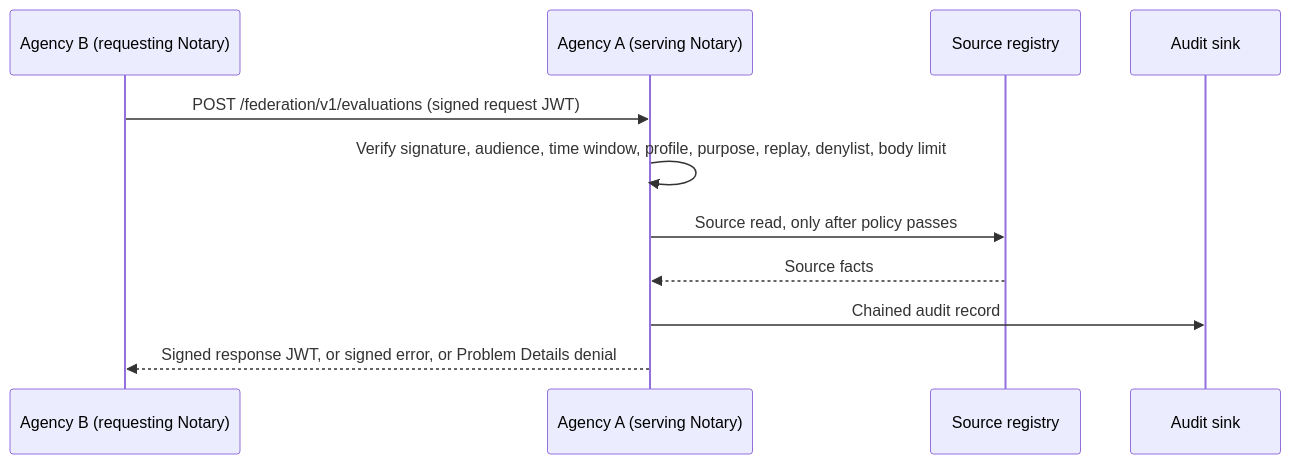
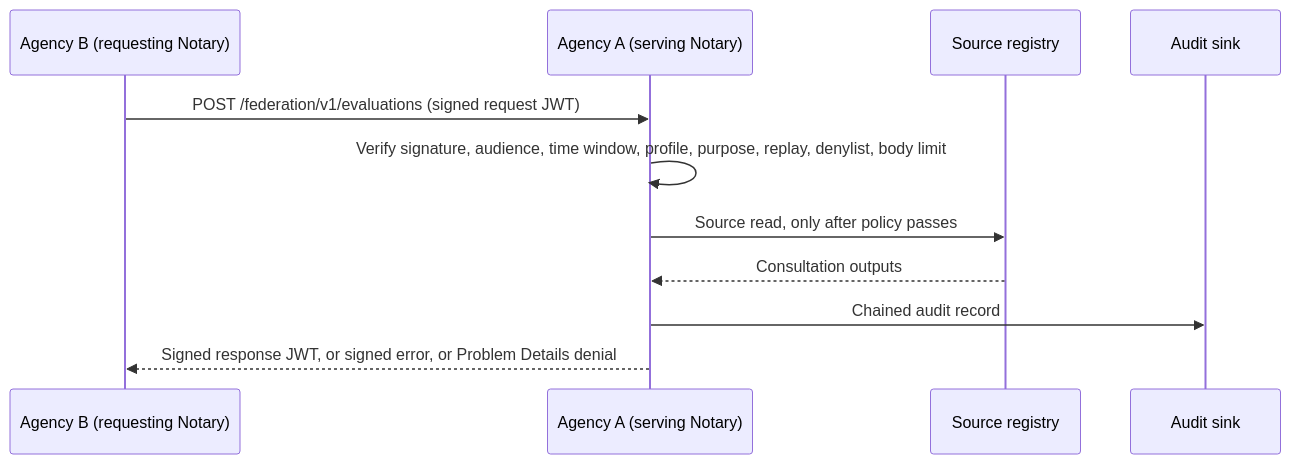
One commit to registrystack/registry-stack changed the diagram in products/notary/docs/federated-evaluation-operator-guide.md. Above: the diagram before and after it, drawn with Mermaid. The commit also changed 73 other files, not shown here.

````diff
--- a/products/notary/docs/federated-evaluation-operator-guide.md
+++ b/products/notary/docs/federated-evaluation-operator-guide.md
@@ -23,14 +23,14 @@
 ```mermaid
 sequenceDiagram
   participant B as Agency B (requesting Notary)
   participant A as Agency A (serving Notary)
   participant Src as Source registry
   participant Audit as Audit sink
 
   B->>A: POST /federation/v1/evaluations (signed request JWT)
   A->>A: Verify signature, audience, time window, profile, purpose, replay, denylist, body limit
   A->>Src: Source read, only after policy passes
-  Src-->>A: Source facts
+  Src-->>A: Consultation outputs
   A->>Audit: Chained audit record
   A-->>B: Signed response JWT, or signed error, or Problem Details denial
 ```
````
